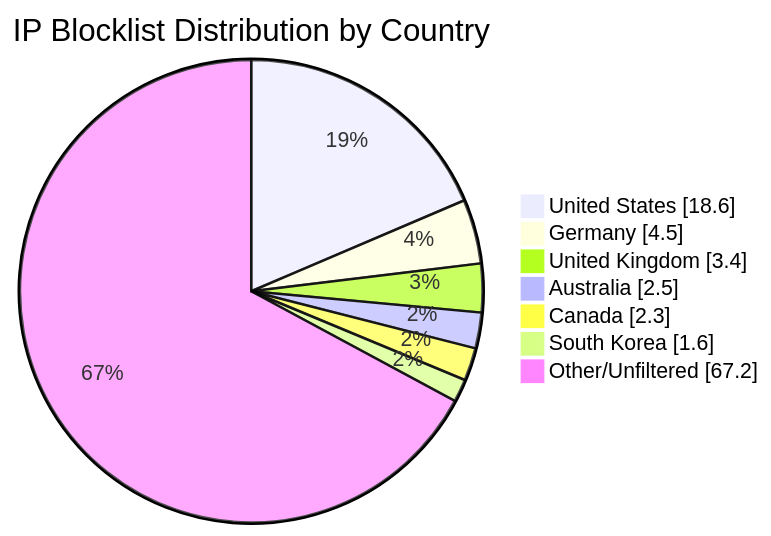
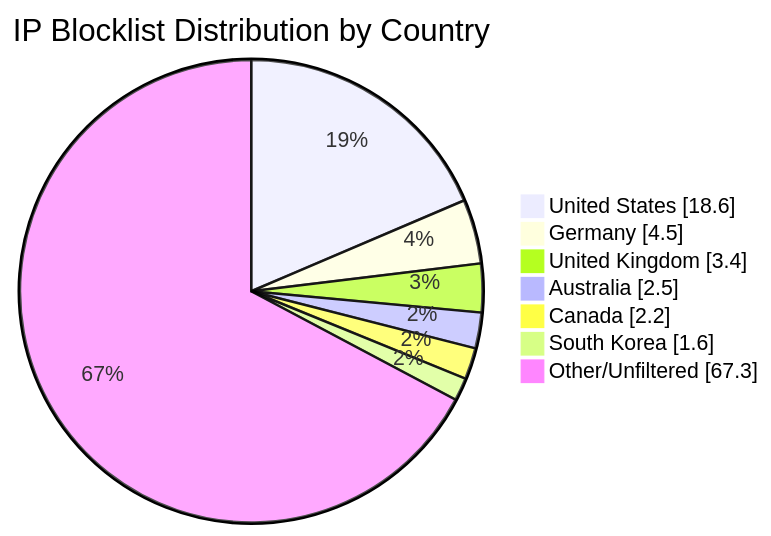
The diagram in README.md (MarcusHoltz/ipblocklist-geofiltered-aggregator), drawn with Mermaid before and after one commit. The commit also changed other lines of this file and 9 other files, not shown here.

````diff
--- a/README.md
+++ b/README.md
@@ -34,10 +34,10 @@
 ```mermaid
 pie showData title IP Blocklist Distribution by Country
 "United States" : 18.6
 "Germany" : 4.5
 "United Kingdom" : 3.4
 "Australia" : 2.5
-"Canada" : 2.3
+"Canada" : 2.2
 "South Korea" : 1.6
-"Other/Unfiltered" : 67.2
+"Other/Unfiltered" : 67.3
 ```
````
